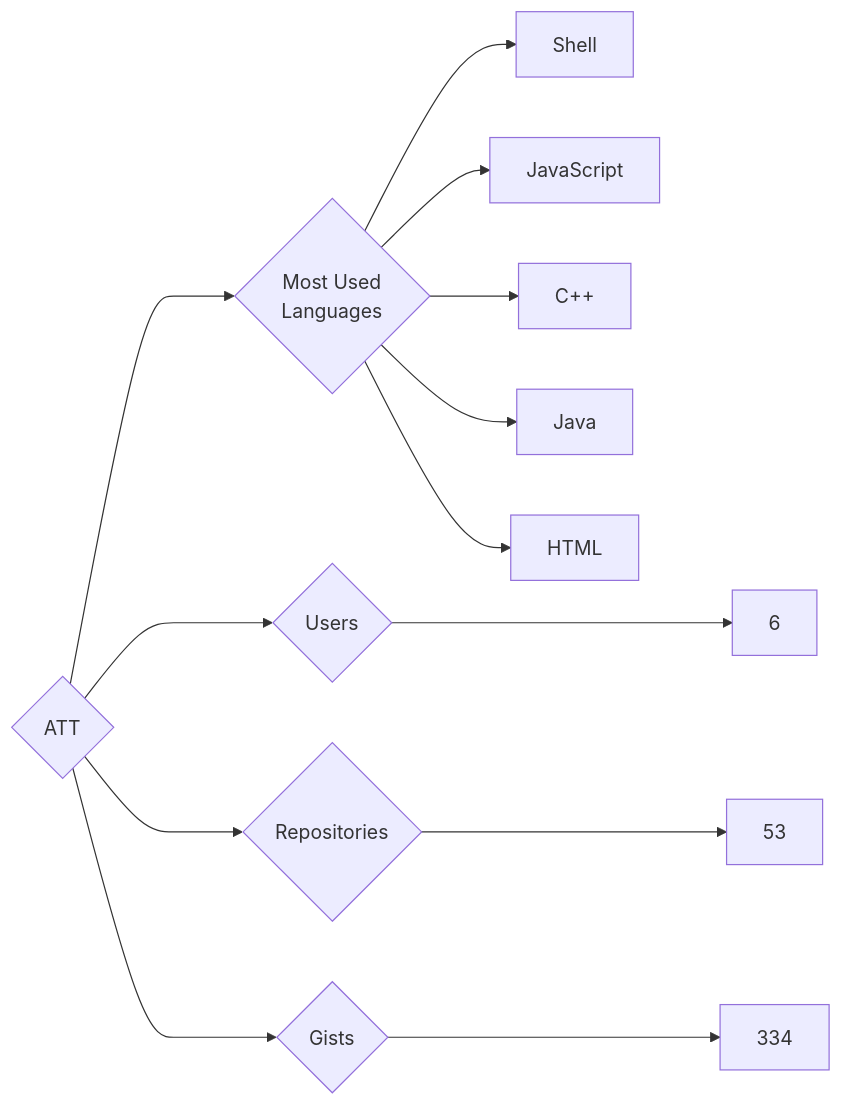
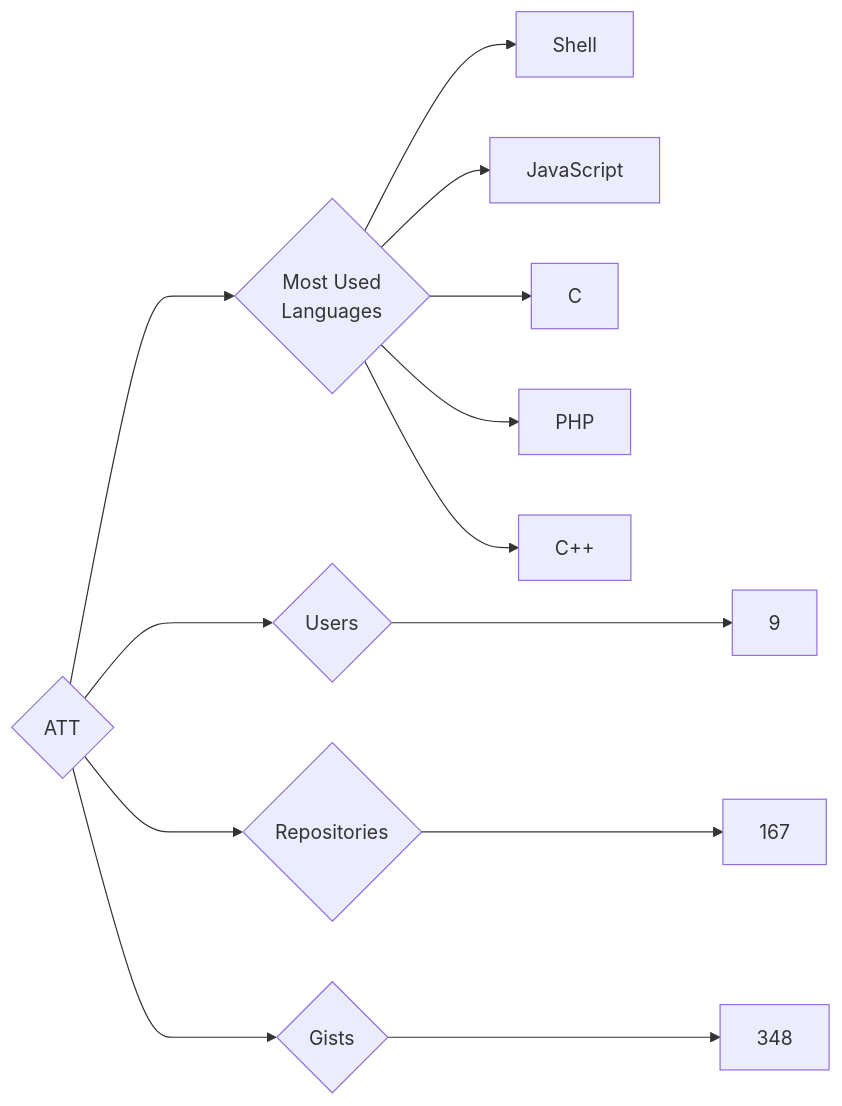
Before and after one commit to trickest/insiders: the diagram in targets/ATT/README.md, drawn with Mermaid. The commit also changed 847 other files, not shown here.

````diff
--- a/targets/ATT/README.md
+++ b/targets/ATT/README.md
@@ -3,13 +3,13 @@
 ```mermaid
 graph LR
 COMPANY_NAME{ATT}
-COMPANY_NAME ---> U{Users} ---> UN[6]
-COMPANY_NAME ---> R{Repositories} ---> RN[53]
-COMPANY_NAME ---> G{Gists} ---> GN[334]
+COMPANY_NAME ---> U{Users} ---> UN[9]
+COMPANY_NAME ---> R{Repositories} ---> RN[167]
+COMPANY_NAME ---> G{Gists} ---> GN[348]
 COMPANY_NAME ---> ML{Most Used<br>Languages}
 ML --> Shell[Shell]
 ML --> JavaScript[JavaScript]
+ML --> C[C]
+ML --> PHP[PHP]
 ML --> C++[C++]
-ML --> Java[Java]
-ML --> HTML[HTML]
 ```
````
